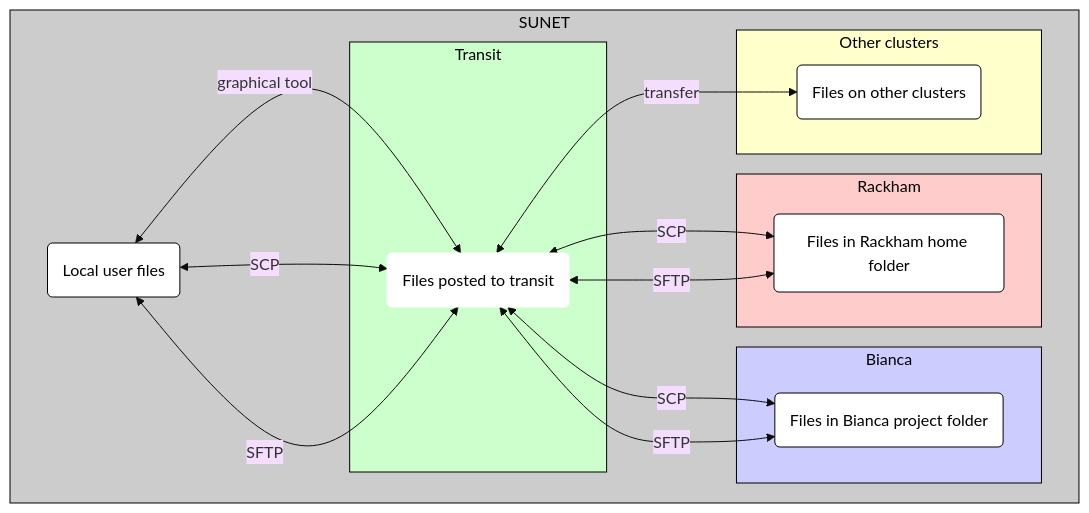
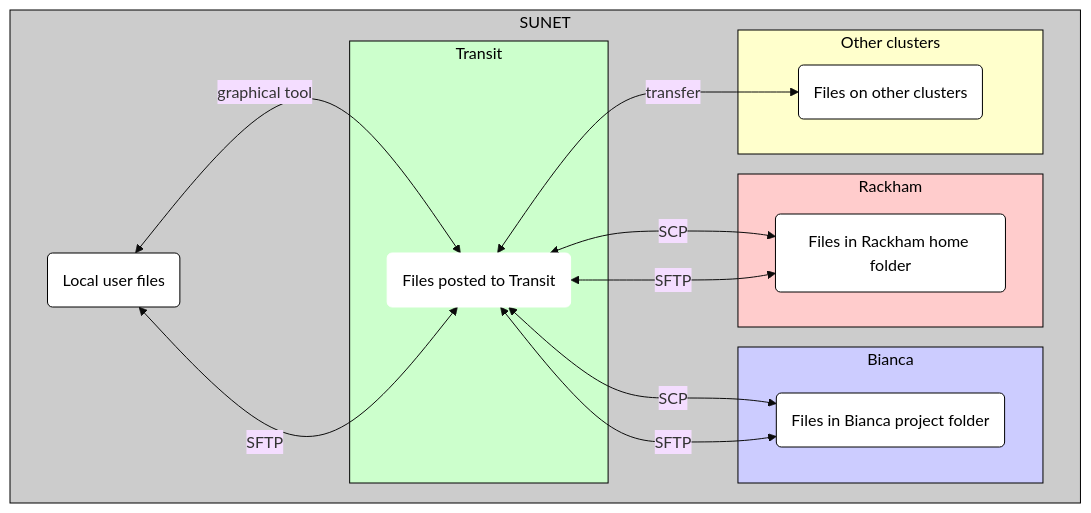
The diagram in docs/cluster_guides/transfer_transit.md (UPPMAX/UPPMAX-documentation), drawn with Mermaid (base theme) before and after one commit. The commit also changed 3 other files, not shown here.

````diff
--- a/docs/cluster_guides/transfer_transit.md
+++ b/docs/cluster_guides/transfer_transit.md
@@ -59,51 +59,48 @@
 ```mermaid
 flowchart TD
 
     %% Give a white background to all nodes, instead of a transparent one
     classDef node fill:#fff,color:#000,stroke:#000
 
     %% Graph nodes for files and calculations
     classDef file_node fill:#fff,color:#000,stroke:#000
     classDef calculation_node fill:#ccf,color:#000,stroke:#00f
     classDef transit_node fill:#fff,color:#000,stroke:#fff
 
     subgraph sub_inside[SUNET]
       user_local_files(Local user files):::file_node
 
       subgraph sub_transit_env[Transit]
-        files_on_transit(Files posted to transit):::transit_node
+        files_on_transit(Files posted to Transit):::transit_node
       end
       subgraph sub_rackham_shared_env[Rackham]
         files_in_rackham_home(Files in Rackham home folder):::file_node
       end
       subgraph sub_bianca_private_env[Bianca]
         files_in_bianca_project(Files in Bianca project folder):::file_node
       end
       subgraph sub_other_clusters[Other clusters]
         files_on_other_clusters(Files on other clusters):::file_node
       end
     end
 
     %% Shared subgraph color scheme
     %% style sub_outside fill:#ccc,color:#000,stroke:#ccc
     style sub_inside fill:#ccc,color:#000,stroke:#000
     style sub_transit_env fill:#cfc,color:#000,stroke:#000
     style sub_rackham_shared_env fill:#fcc,color:#000,stroke:#000
     style sub_bianca_private_env fill:#ccf,color:#000,stroke:#000
     style sub_other_clusters fill:#ffc,color:#000,stroke:#000
-    
-
-    
+        
     user_local_files <--> |graphical tool|files_on_transit
-    user_local_files <--> |SCP|files_on_transit
     user_local_files <--> |SFTP|files_on_transit
 
     files_on_transit <--> |SCP|files_in_rackham_home
     files_on_transit <--> |SFTP|files_in_rackham_home
 
     files_on_transit <--> |SCP|files_in_bianca_project
     files_on_transit <--> |SFTP|files_in_bianca_project
 
     files_on_transit <--> |transfer|files_on_other_clusters
 
 ```
````
